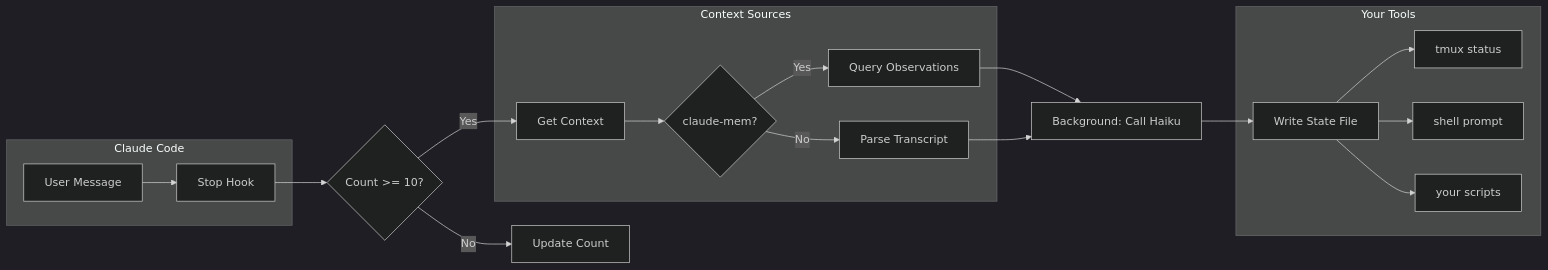
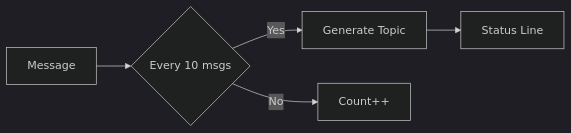
The diagram in README.md (dreamiurg/claude-session-topics), drawn with Mermaid (dark theme) before and after one commit. The commit also changed other lines of this file, not shown here.

````diff
--- a/README.md
+++ b/README.md
@@ -18,26 +18,7 @@
 ```mermaid
 flowchart LR
-    subgraph Claude Code
-        A[User Message] --> B[Stop Hook]
-    end
-
-    B --> C{Count >= 10?}
-    C -->|No| D[Update Count]
-    C -->|Yes| E[Get Context]
-
-    subgraph "Context Sources"
-        E --> F{claude-mem?}
-        F -->|Yes| G[Query Observations]
-        F -->|No| H[Parse Transcript]
-    end
-
-    G --> I[Background: Call Haiku]
-    H --> I
-    I --> J[Write State File]
-
-    subgraph "Your Tools"
-        J --> K[tmux status]
-        J --> L[shell prompt]
-        J --> M[your scripts]
-    end
+    A[Message] --> B{Every 10 msgs}
+    B -->|Yes| C[Generate Topic]
+    B -->|No| D[Count++]
+    C --> E[Status Line]
 ```
````
